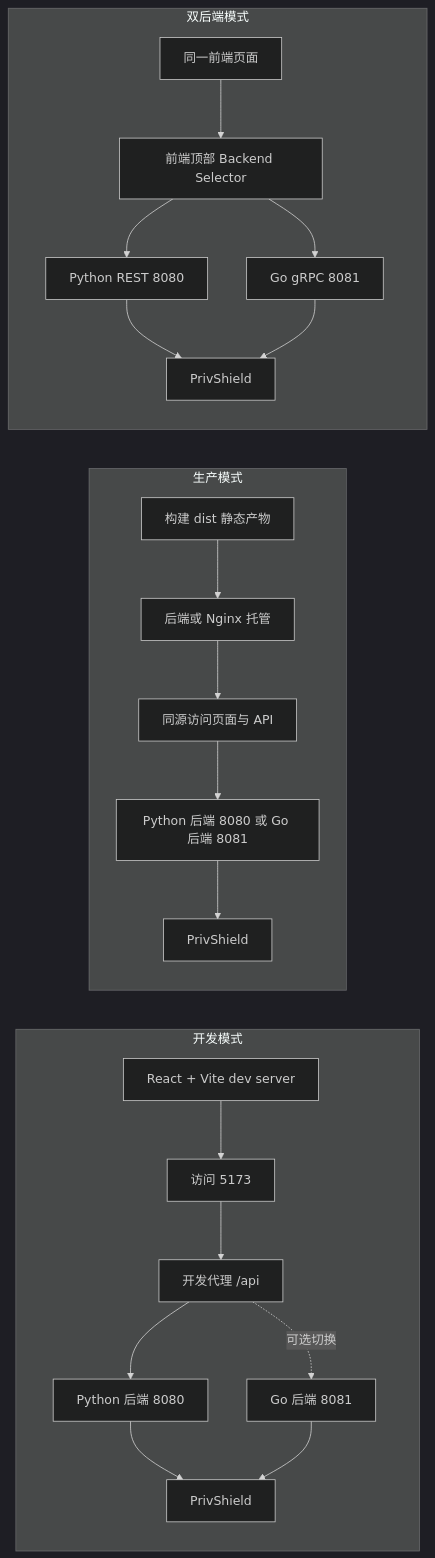
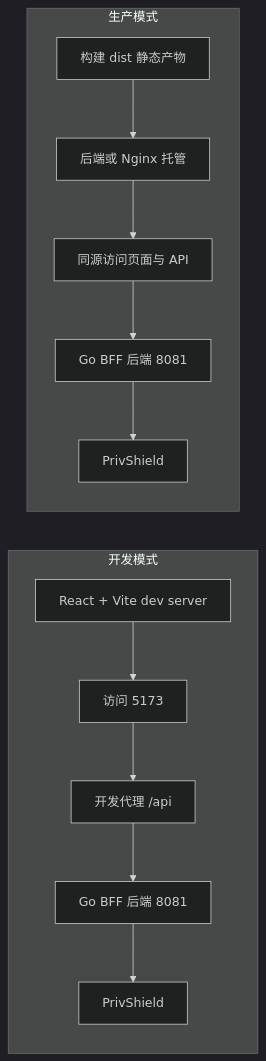
Before and after one commit to fengzhizi319/PrivShield: the second of 6 diagrams in docs/learning/vite.md, drawn with Mermaid (dark theme). The commit also changed other lines of this file and 89 other files, not shown here.

````diff
--- a/docs/learning/vite.md
+++ b/docs/learning/vite.md
@@ -62,37 +62,23 @@
 ```mermaid
 flowchart LR
     subgraph DEV[开发模式]
         DEV1[React + Vite dev server]
         DEV2[访问 5173]
         DEV3[开发代理 /api]
-        DEV4[Python 后端 8080]
-        DEV5[Go 后端 8081]
-        DEV6[PrivShield]
+        DEV4[Go BFF 后端 8081]
+        DEV5[PrivShield]
 
         DEV1 --> DEV2 --> DEV3
-        DEV3 --> DEV4 --> DEV6
-        DEV3 -. 可选切换 .-> DEV5 --> DEV6
+        DEV3 --> DEV4 --> DEV5
     end
 
     subgraph PROD[生产模式]
         PROD1[构建 dist 静态产物]
         PROD2[后端或 Nginx 托管]
         PROD3[同源访问页面与 API]
-        PROD4[Python 后端 8080 或 Go 后端 8081]
+        PROD4[Go BFF 后端 8081]
         PROD5[PrivShield]
 
         PROD1 --> PROD2 --> PROD3 --> PROD4 --> PROD5
     end
-
-    subgraph DUAL[双后端模式]
-        DUAL1[前端顶部 Backend Selector]
-        DUAL2[Python REST 8080]
-        DUAL3[Go gRPC 8081]
-        DUAL4[同一前端页面]
-        DUAL5[PrivShield]
-
-        DUAL4 --> DUAL1
-        DUAL1 --> DUAL2 --> DUAL5
-        DUAL1 --> DUAL3 --> DUAL5
-    end
 ```
````
